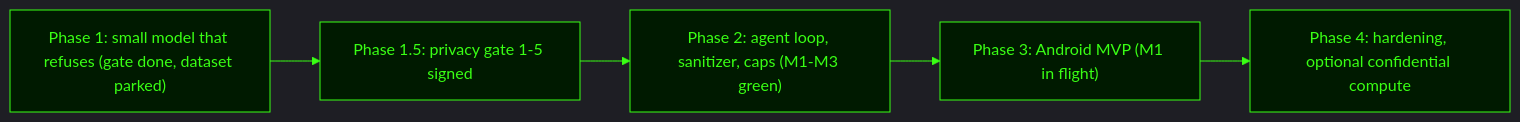
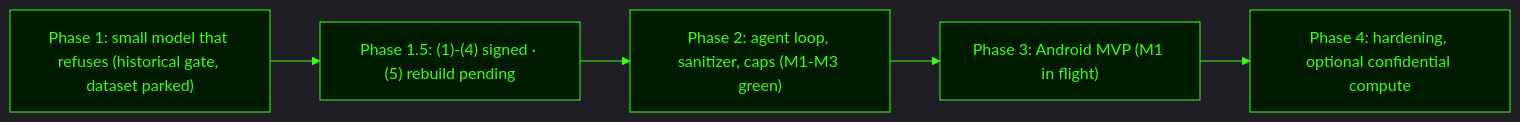
The second of 2 diagrams in README.md (9lordisgod/salomon), drawn with Mermaid before and after one commit. The commit also changed other lines of this file and 1 other file, not shown here.

Commit message:
docs: README item5 historical rebuild-pending drop archive from map

````diff
--- a/README.md
+++ b/README.md
@@ -60,11 +60,11 @@
 ```mermaid
 %%{init: {'theme':'dark','themeVariables':{'dark':'#0a0a0a','background':'#0a0a0a','primaryColor':'#003b00','primaryTextColor':'#39ff14','primaryBorderColor':'#39ff14','secondaryColor':'#001a00','secondaryTextColor':'#39ff14','secondaryBorderColor':'#00ff41','tertiaryColor':'#002200','lineColor':'#39ff14','textColor':'#39ff14','mainBkg':'#001a00','nodeBorder':'#39ff14','clusterBkg':'#000000','titleColor':'#39ff14','edgeLabelBackground':'#001a00'}}}%%
 flowchart LR
-  P1["Phase 1: small model that refuses (gate done, dataset parked)"] --> G["Phase 1.5: privacy gate 1-5 signed"]
+  P1["Phase 1: small model that refuses (historical gate, dataset parked)"] --> G["Phase 1.5: (1)-(4) signed · (5) rebuild pending"]
   G --> P2["Phase 2: agent loop, sanitizer, caps (M1-M3 green)"]
   P2 --> P3["Phase 3: Android MVP (M1 in flight)"]
   P3 --> P4["Phase 4: hardening, optional confidential compute"]
 
   classDef neon fill:#001a00,stroke:#39ff14,color:#39ff14
   class P1,G,P2,P3,P4 neon
 ```
````
